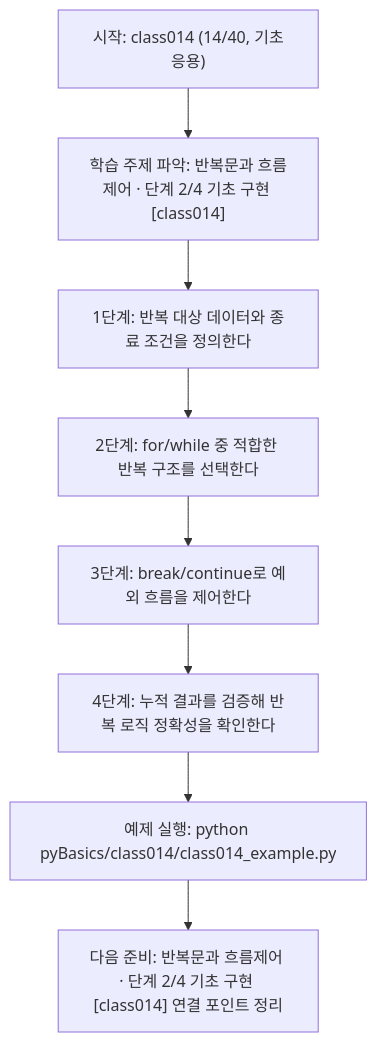
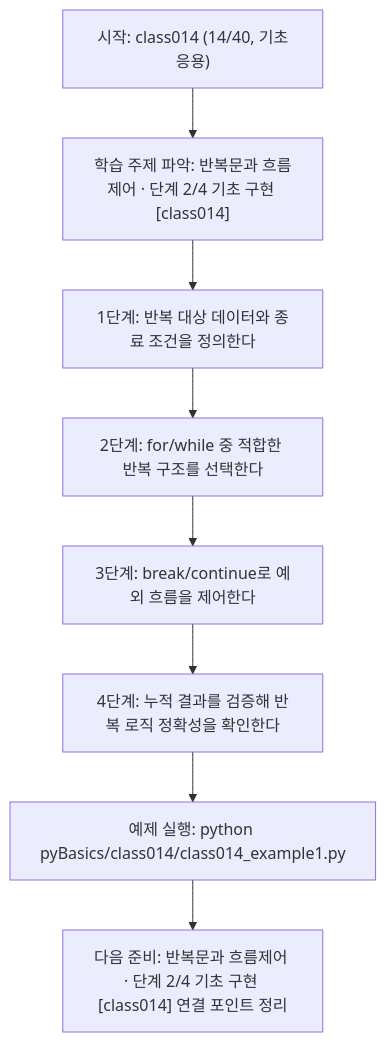
The diagram in pyBasics/class014/class014.md (edumgt/Python-AI_Agent-Class), drawn with Mermaid before and after one commit. The commit also changed other lines of this file and 2959 other files, not shown here.

````diff
--- a/pyBasics/class014/class014.md
+++ b/pyBasics/class014/class014.md
@@ -109,18 +109,18 @@
 ```mermaid
 flowchart TD
 N1["시작: class014 (14/40, 기초응용)"]
 N2["학습 주제 파악: 반복문과 흐름제어 · 단계 2/4 기초 구현 [class014]"]
 N3["1단계: 반복 대상 데이터와 종료 조건을 정의한다"]
 N4["2단계: for/while 중 적합한 반복 구조를 선택한다"]
 N5["3단계: break/continue로 예외 흐름을 제어한다"]
 N6["4단계: 누적 결과를 검증해 반복 로직 정확성을 확인한다"]
-N7["예제 실행: python pyBasics/class014/class014_example.py"]
+N7["예제 실행: python pyBasics/class014/class014_example1.py"]
 N8["다음 준비: 반복문과 흐름제어 · 단계 2/4 기초 구현 [class014] 연결 포인트 정리"]
 N1 --> N2
 N2 --> N3
 N3 --> N4
 N4 --> N5
 N5 --> N6
 N6 --> N7
 N7 --> N8
 ```
````
